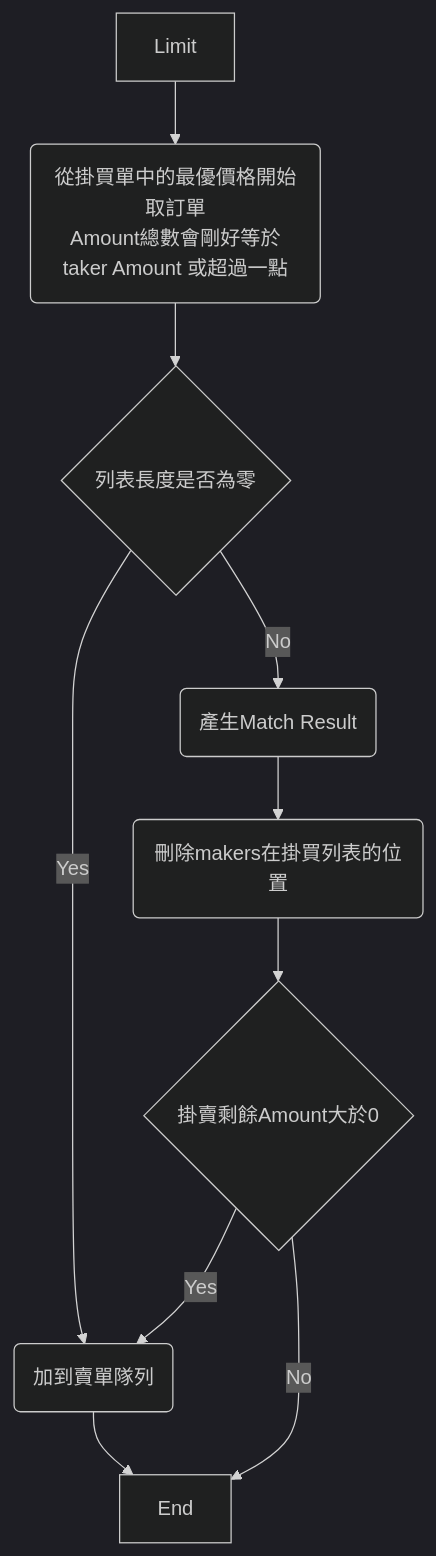
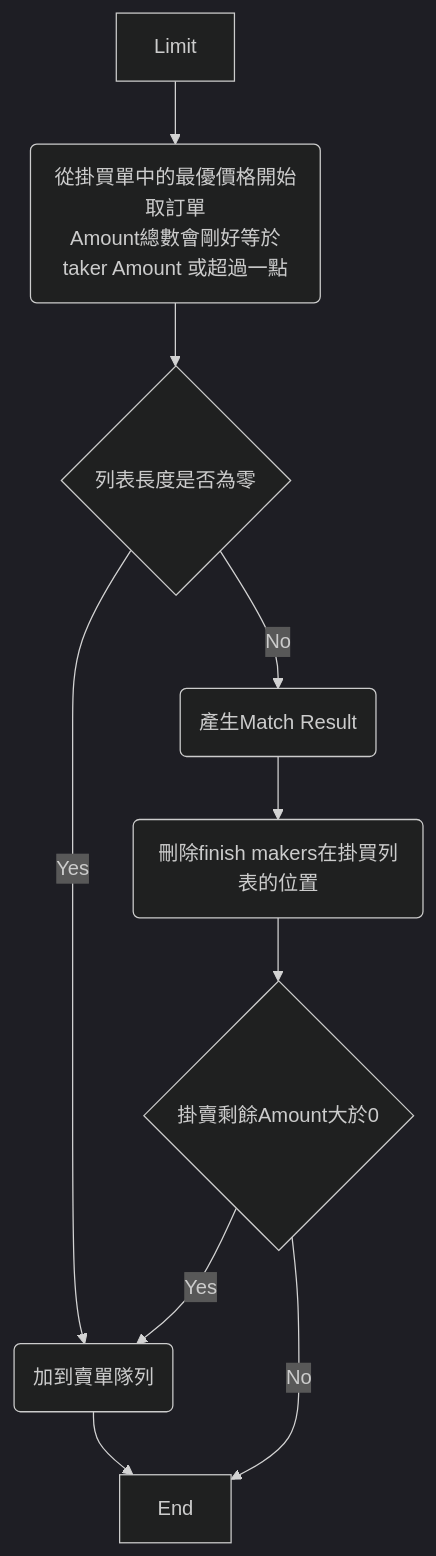
One commit to n960321/Trading-Engine changed the second of 3 diagrams in README.md. Above: the diagram before and after it, drawn with Mermaid (dark theme). The commit also changed other lines of this file and 6 other files, not shown here.

````diff
--- a/README.md
+++ b/README.md
@@ -55,12 +56,12 @@
 ```mermaid
 flowchart TD
     Limit --> sell(從掛買單中的最優價格開始取訂單\nAmount總數會剛好等於taker Amount 或超過一點)
     sell --> check_sell{列表長度是否為零}
     check_sell -- Yes --> addToSell(加到賣單隊列)
     check_sell -- No --> match(產生Match Result)
-    match --> delete_maker(刪除makers在掛買列表的位置)
+    match --> delete_maker(刪除finish makers在掛買列表的位置)
     delete_maker --> sellAmount{掛賣剩餘Amount大於0}
     sellAmount -- Yes --> addToSell
     sellAmount -- No --> End
     addToSell --> End    
 ```
````
